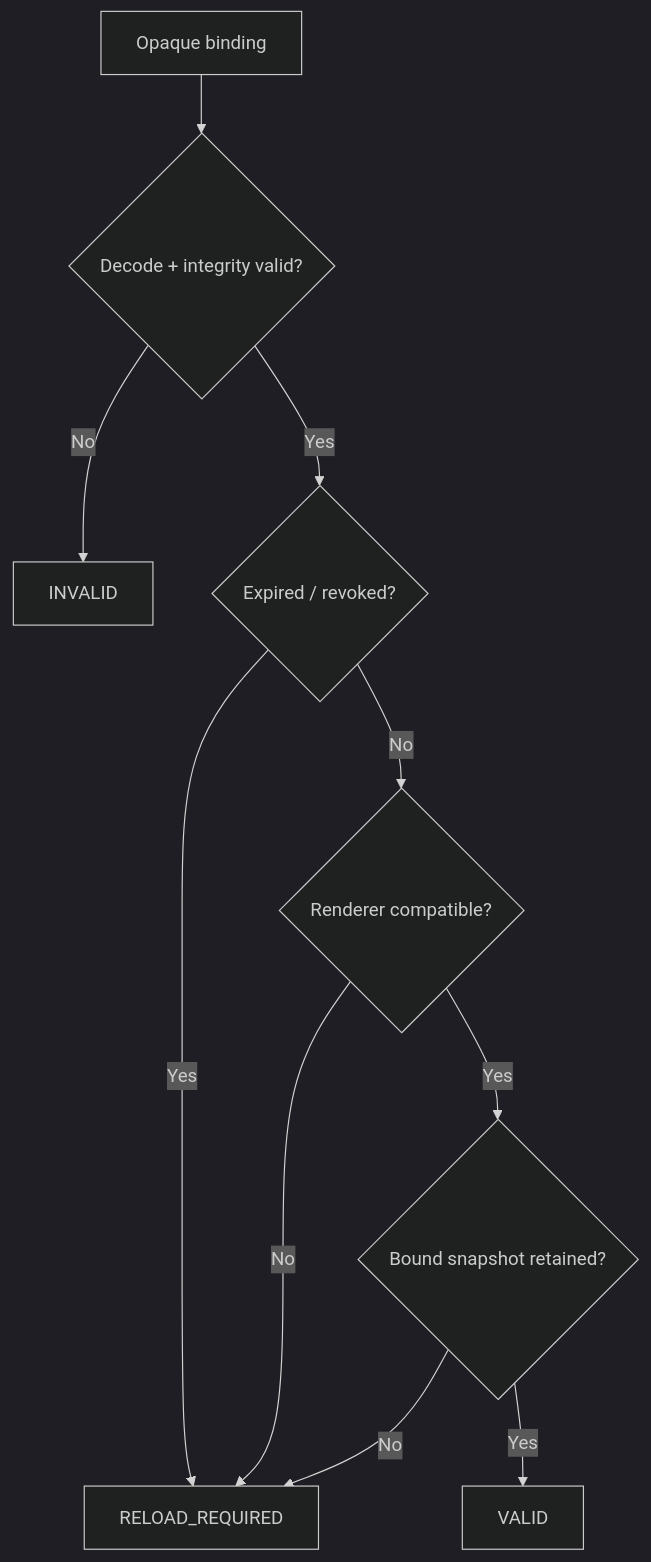
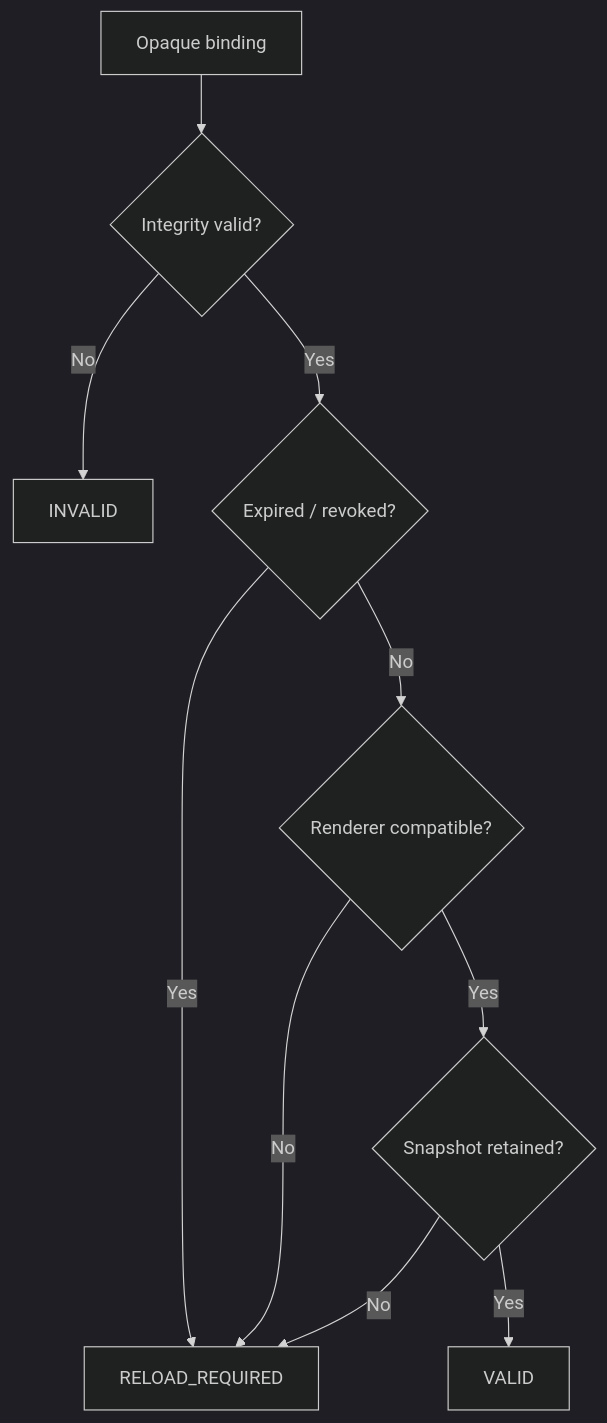
One commit to taskmigo/docs changed the seventh of 11 diagrams in content/versions/v0/developer/resource-runtime.mdx. Above: the diagram before and after it, drawn with Mermaid (dark theme). The commit also changed other lines of this file, not shown here.

Commit message:
docs: streamline runtime binding implementation

````diff
--- a/content/versions/v0/developer/resource-runtime.mdx
+++ b/content/versions/v0/developer/resource-runtime.mdx
@@ -291,12 +226,12 @@
 ```mermaid
 flowchart TD
-  token["Opaque binding"] --> decode{"Decode + integrity valid?"}
-  decode -->|No| invalid["INVALID"]
-  decode -->|Yes| expiry{"Expired / revoked?"}
-  expiry -->|Yes| reload["RELOAD_REQUIRED"]
-  expiry -->|No| compat{"Renderer compatible?"}
-  compat -->|No| reload
-  compat -->|Yes| snapshot{"Bound snapshot retained?"}
-  snapshot -->|No| reload
-  snapshot -->|Yes| valid["VALID"]
+  token["Opaque binding"] --> integrity{"Integrity valid?"}
+  integrity -->|"No"| invalid["INVALID"]
+  integrity -->|"Yes"| lifetime{"Expired / revoked?"}
+  lifetime -->|"Yes"| reload["RELOAD_REQUIRED"]
+  lifetime -->|"No"| compatibility{"Renderer compatible?"}
+  compatibility -->|"No"| reload
+  compatibility -->|"Yes"| retained{"Snapshot retained?"}
+  retained -->|"No"| reload
+  retained -->|"Yes"| valid["VALID"]
 ```
````
